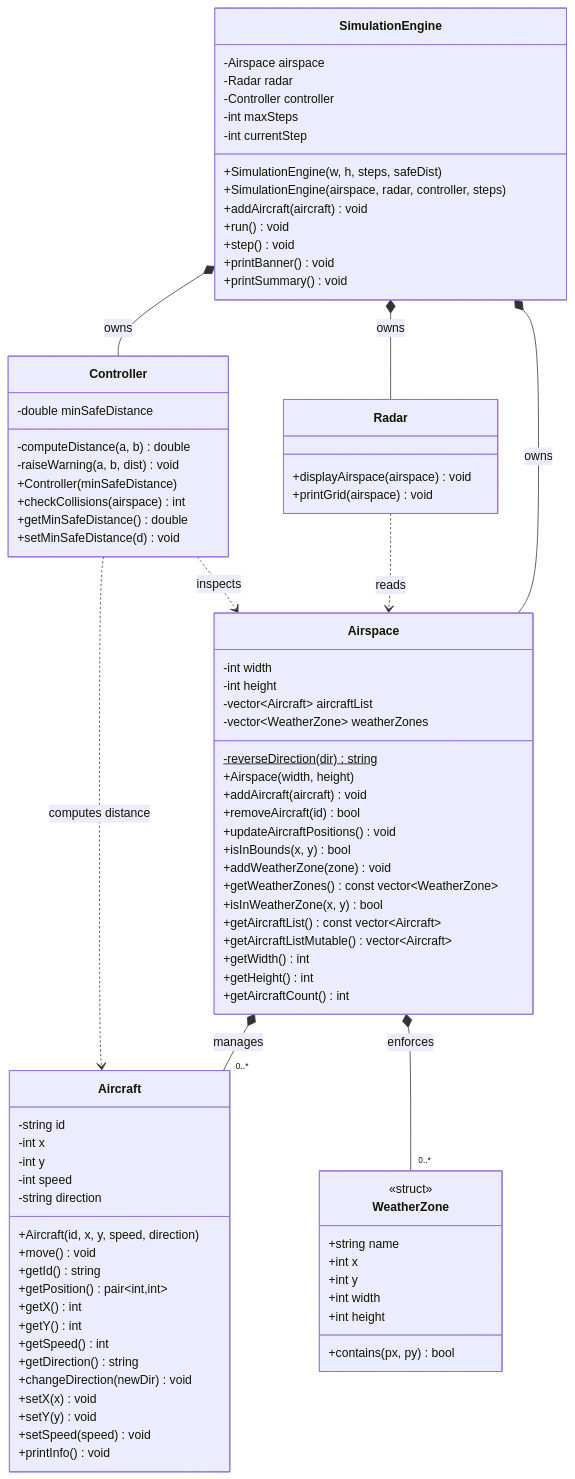
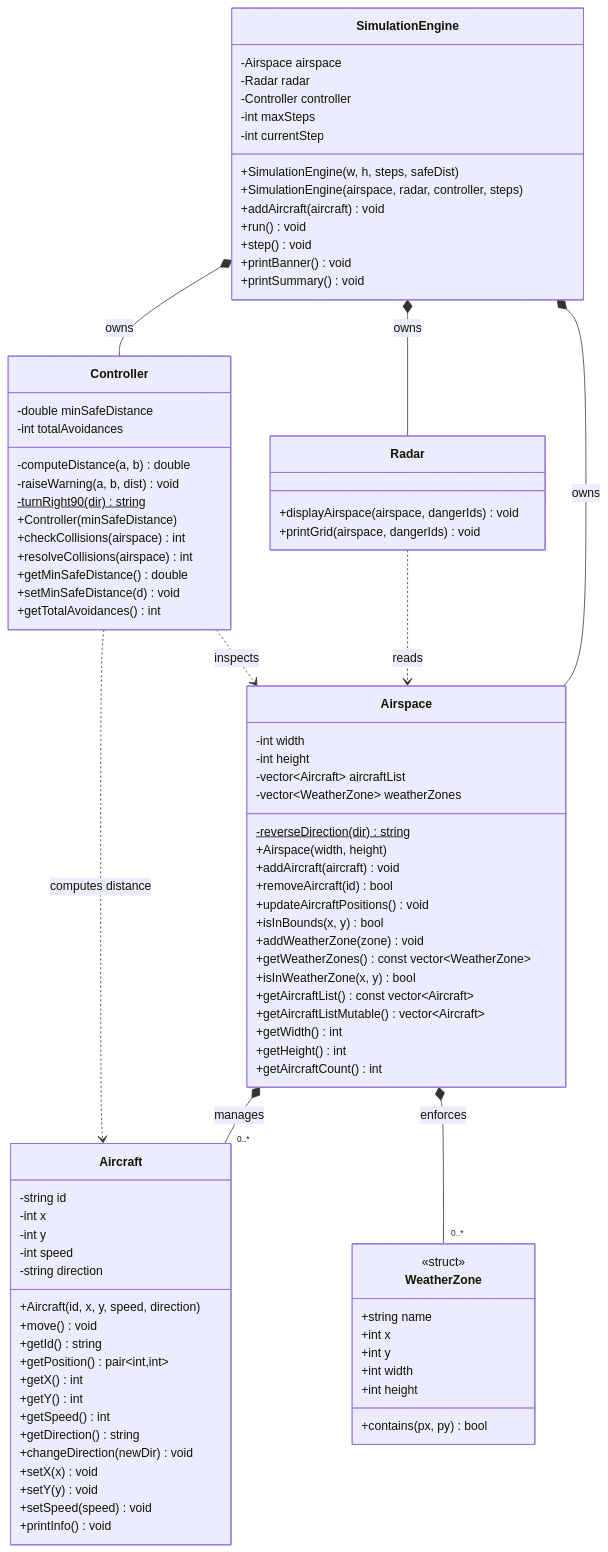
Before and after one commit to YOGESH1409G/ATC: the diagram in docs/class_diagram.mmd, drawn with Mermaid. The commit also changed 2 other files, not shown here.

Commit message:
Update README, interview prep, and UML diagram for latest features
- README: Updated project description, structure (AnsiColors.h, WeatherZone.h),
  UML diagram (resolveCollisions, dangerIds, turnRight90, totalAvoidances),
  simulation workflow (clear screen, progress bar, danger set, color display),
  sample aircraft table (5 aircraft), and added new sections for
  Automatic Collision Avoidance and ANSI Color-Coded Visualization
- INTERVIEW_PREP: Updated architecture, simulation loop, Controller/Radar
  deep dives, main flow walkthrough (5 aircraft + color output), elevator pitch,
  key technical points (std::set, visualization), and added Sections 12-13
  with 4 new Q&As covering avoidance logic and ANSI color implementation
- class_diagram.mmd: Added resolveCollisions, getTotalAvoidances, turnRight90,
  totalAvoidances to Controller; updated Radar methods with dangerIds param

```diff
--- a/docs/class_diagram.mmd
+++ b/docs/class_diagram.mmd
@@ -1,96 +1,100 @@
 %% ATC Simulator — UML Class Diagram
 %% Render with: https://mermaid.live  or  mmdc -i class_diagram.mmd -o class_diagram.svg
 
 classDiagram
     direction TB
 
     class Aircraft {
         -string id
         -int x
         -int y
         -int speed
         -string direction
         +Aircraft(id, x, y, speed, direction)
         +move() void
         +getId() string
         +getPosition() pair~int,int~
         +getX() int
         +getY() int
         +getSpeed() int
         +getDirection() string
         +changeDirection(newDir) void
         +setX(x) void
         +setY(y) void
         +setSpeed(speed) void
         +printInfo() void
     }
 
     class WeatherZone {
         <<struct>>
         +string name
         +int x
         +int y
         +int width
         +int height
         +contains(px, py) bool
     }
 
     class Airspace {
         -int width
         -int height
         -vector~Aircraft~ aircraftList
         -vector~WeatherZone~ weatherZones
         -reverseDirection(dir)$ string
         +Airspace(width, height)
         +addAircraft(aircraft) void
         +removeAircraft(id) bool
         +updateAircraftPositions() void
         +isInBounds(x, y) bool
         +addWeatherZone(zone) void
         +getWeatherZones() const vector~WeatherZone~
         +isInWeatherZone(x, y) bool
         +getAircraftList() const vector~Aircraft~
         +getAircraftListMutable() vector~Aircraft~
         +getWidth() int
         +getHeight() int
         +getAircraftCount() int
     }
 
     class Radar {
-        +displayAirspace(airspace) void
-        +printGrid(airspace) void
+        +displayAirspace(airspace, dangerIds) void
+        +printGrid(airspace, dangerIds) void
     }
 
     class Controller {
         -double minSafeDistance
+        -int totalAvoidances
         -computeDistance(a, b) double
         -raiseWarning(a, b, dist) void
+        -turnRight90(dir)$ string
         +Controller(minSafeDistance)
         +checkCollisions(airspace) int
+        +resolveCollisions(airspace) int
         +getMinSafeDistance() double
         +setMinSafeDistance(d) void
+        +getTotalAvoidances() int
     }
 
     class SimulationEngine {
         -Airspace airspace
         -Radar radar
         -Controller controller
         -int maxSteps
         -int currentStep
         +SimulationEngine(w, h, steps, safeDist)
         +SimulationEngine(airspace, radar, controller, steps)
         +addAircraft(aircraft) void
         +run() void
         +step() void
         +printBanner() void
         +printSummary() void
     }
 
     SimulationEngine *-- Airspace : owns
     SimulationEngine *-- Radar : owns
     SimulationEngine *-- Controller : owns
     Airspace *-- "0..*" Aircraft : manages
     Airspace *-- "0..*" WeatherZone : enforces
     Radar ..> Airspace : reads
     Controller ..> Airspace : inspects
     Controller ..> Aircraft : computes distance
```
